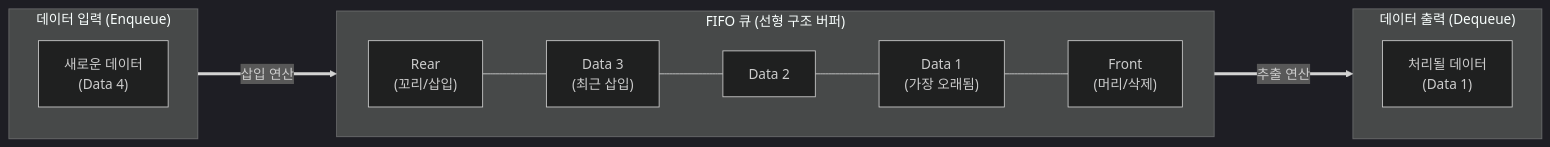
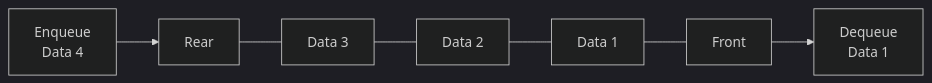
One commit to supremethumb/supremethumb.github.io changed the diagram in content/01_IT Tech/FIFO.md. Above: the diagram before and after it, drawn with Mermaid (dark theme). The commit also changed other lines of this file and 1087 other files, not shown here.

````diff
--- a/content/01_IT Tech/FIFO.md
+++ b/content/01_IT Tech/FIFO.md
@@ -27,27 +35,6 @@
 ```mermaid
 flowchart LR
-    subgraph Input_Phase["데이터 입력 (Enqueue)"]
-        direction TB
-        NewData["새로운 데이터<br/>(Data 4)"]
-    end
-
-    subgraph FIFO_Queue["FIFO 큐 (선형 구조 버퍼)"]
-        direction LR
-        Rear["Rear<br/>(꼬리/삽입)"] 
-        D3["Data 3<br/>(최근 삽입)"]
-        D2["Data 2"]
-        D1["Data 1<br/>(가장 오래됨)"]
-        Front["Front<br/>(머리/삭제)"]
-
-        Rear --- D3 --- D2 --- D1 --- Front
-    end
-
-    subgraph Output_Phase["데이터 출력 (Dequeue)"]
-        direction TB
-        Processed["처리될 데이터<br/>(Data 1)"]
-    end
-
-    NewData == "삽입 연산" ===> Rear
-    Front == "추출 연산" ===> Processed
-
+    IN["Enqueue<br/>Data 4"] --> R["Rear"]
+    R --- D3["Data 3"] --- D2["Data 2"] --- D1["Data 1"] --- F["Front"]
+    F --> OUT["Dequeue<br/>Data 1"]
 ```
````
